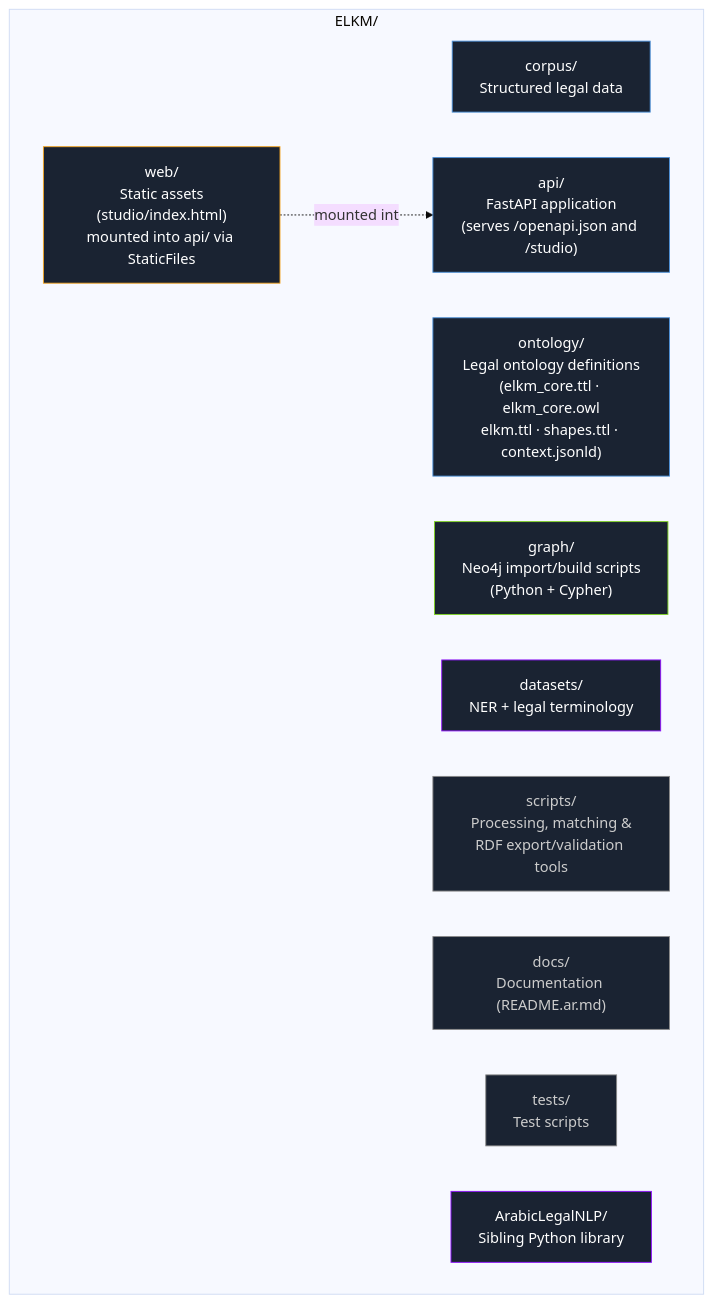
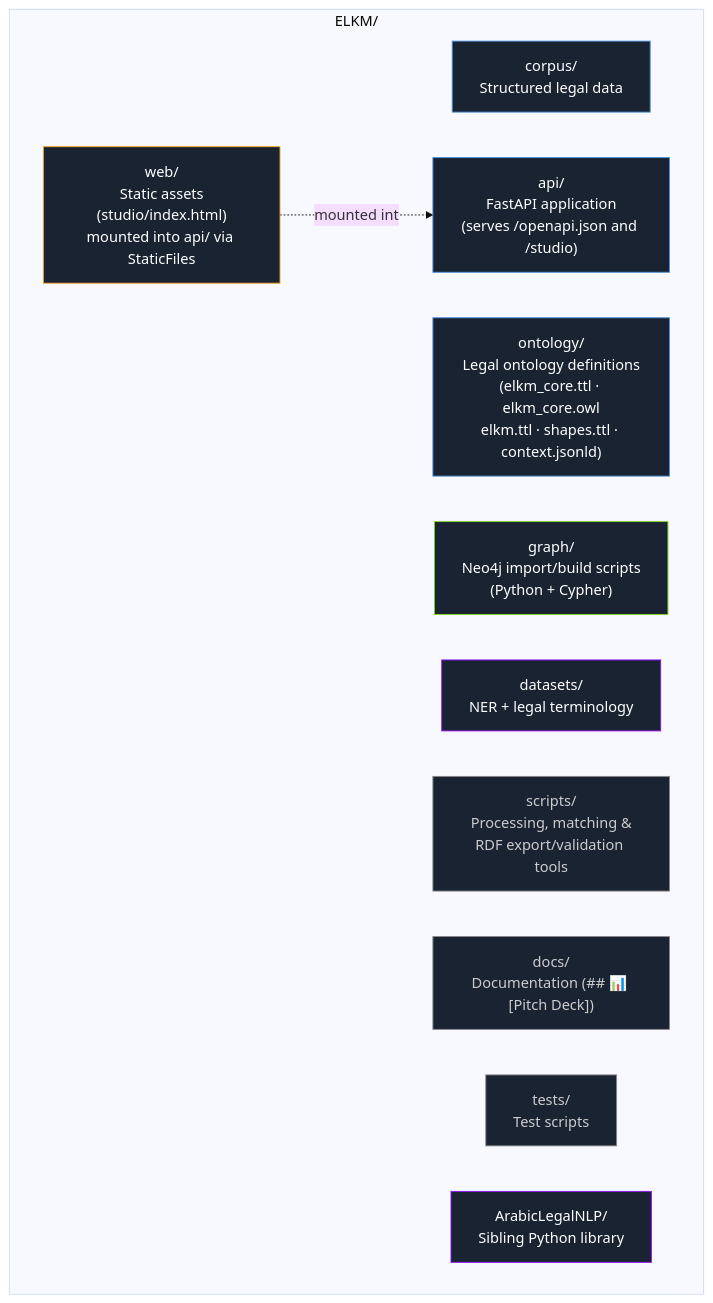
One commit to heshammalek/ELKM-Egyptian-Legal-Knowledge-Model changed the second of 4 diagrams in README.md. Above: the diagram before and after it, drawn with Mermaid (base theme). The commit also changed other lines of this file, not shown here.

Commit message:
Update pitch deck link in README.md

````diff
--- a/README.md
+++ b/README.md
@@ -242,28 +241,28 @@
 ```mermaid
 flowchart TB
     subgraph root ["ELKM/"]
         corpus["corpus/<br/>Structured legal data"]
         ontology["ontology/<br/>Legal ontology definitions<br/>(elkm_core.ttl · elkm_core.owl<br/>elkm.ttl · shapes.ttl · context.jsonld)"]
         graphdir["graph/<br/>Neo4j import/build scripts<br/>(Python + Cypher)"]
         datasets["datasets/<br/>NER + legal terminology"]
         scripts["scripts/<br/>Processing, matching &<br/>RDF export/validation tools"]
         api["api/<br/>FastAPI application<br/>(serves /openapi.json and /studio)"]
         web["web/<br/>Static assets<br/>(studio/index.html)<br/>mounted into api/ via StaticFiles"]
-        docs["docs/<br/>Documentation (README.ar.md)"]
+        docs["docs/<br/>Documentation (## 📊 [Pitch Deck])"]
         tests["tests/<br/>Test scripts"]
         arabicnlp["ArabicLegalNLP/<br/>Sibling Python library"]
     end
 
     web -.mounted into.-> api
 
     style corpus fill:#1a2332,stroke:#4a90d9,color:#fff
     style ontology fill:#1a2332,stroke:#4a90d9,color:#fff
     style graphdir fill:#1a2332,stroke:#7ed321,color:#fff
     style datasets fill:#1a2332,stroke:#9013fe,color:#fff
     style scripts fill:#1a2332,stroke:#888,color:#ccc
     style api fill:#1a2332,stroke:#4a90d9,color:#fff
     style web fill:#1a2332,stroke:#f5a623,color:#fff
     style docs fill:#1a2332,stroke:#888,color:#ccc
     style tests fill:#1a2332,stroke:#888,color:#ccc
     style arabicnlp fill:#1a2332,stroke:#9013fe,color:#fff
 ```
````
